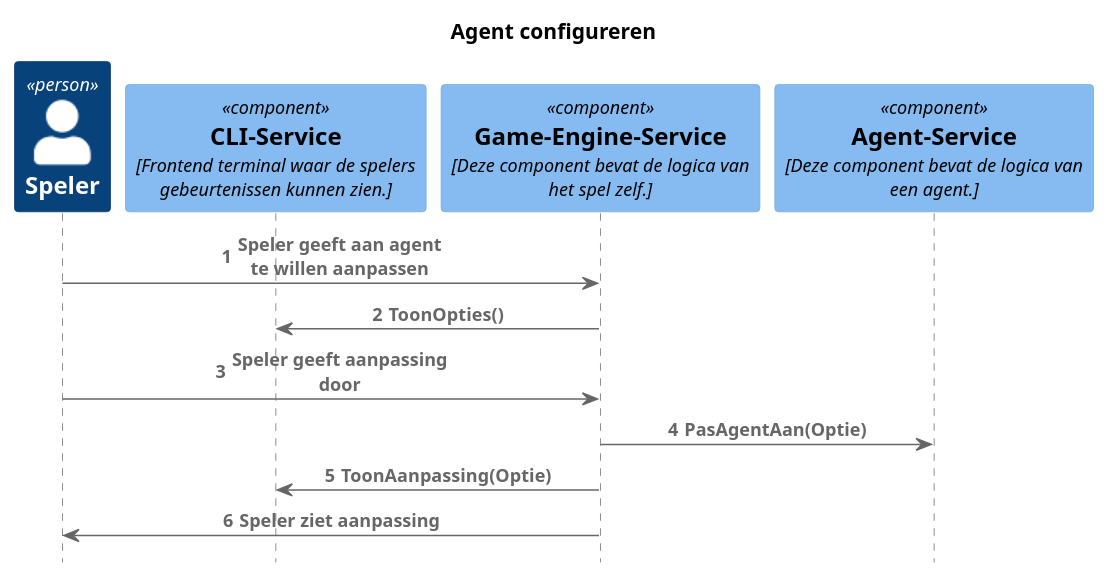
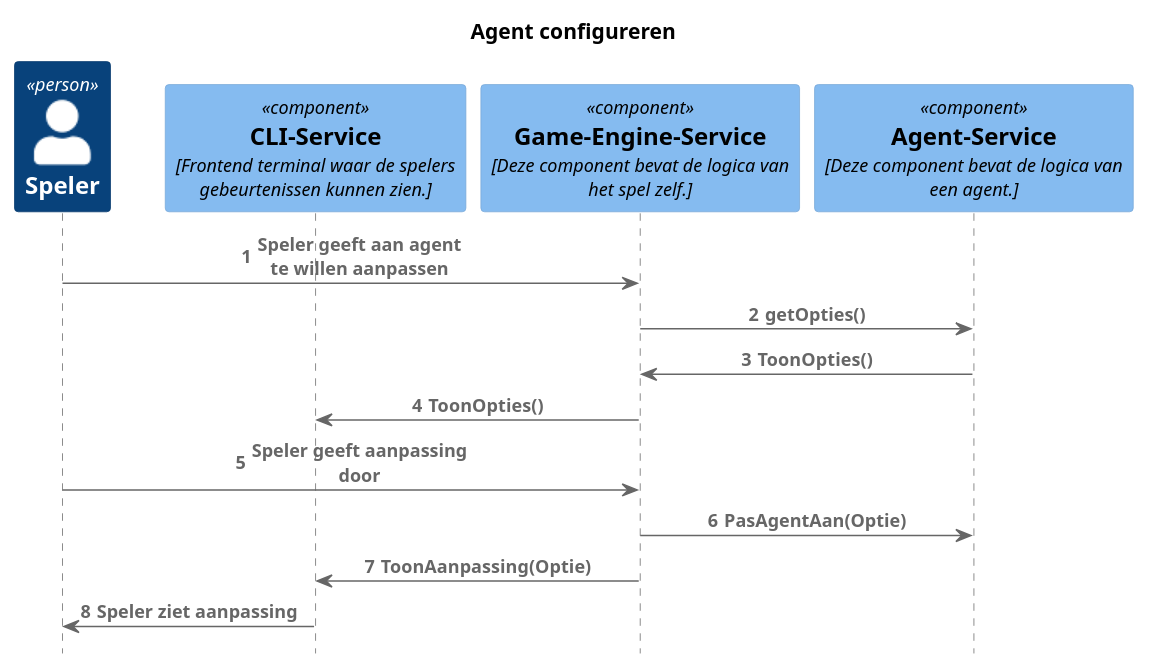
The diagram in ISAConfigurerenSequenceDiagram.puml (DaanBannaan/SAD-sequentie), drawn with PlantUML before and after one commit. The commit also changed 4 other files, not shown here.

Commit message:
aanpassingen aan diagrammen naderhand van bespreken

```diff
--- a/ISAConfigurerenSequenceDiagram.puml
+++ b/ISAConfigurerenSequenceDiagram.puml
@@ -1,44 +1,46 @@
 @startuml
 !include https://raw.githubusercontent.com/plantuml-stdlib/C4-PlantUML/master/C4_Sequence.puml
 
 autonumber
 
 'Person(user, "Speler")
 'Component(configuration, "Configuration-Service", "Hier kan het gedrag van een agent aangepast worden en kunnen nieuwe modules toegevoegd worden.")
 'Component(world, "World-Service", "Hier vindt de wereldgeneratie plaats en bevind zich de wereldstatus.")
 'Component(engine, "Game-Engine-Service", "Deze component bevat de logica van het spel zelf.")
 'Component(agent, "Agent-Service", "Deze component bevat de logica van een agent.")
 'Component(player, "Player-Service", "Deze component bevat de logica van een karakter.")
 'Component(monster, "Monster-Service", "Deze component bevat de logica van een monster.")
 'Component(save, "Save-and-Load-Service", "Deze component regelt het laden en opslaan van het spel.")
 'Component(communication, "Communication-Protocol", "Hiermee kunnen verschillende nodes (spelers) met elkaar communiceren, zodat ze synchroon lopen.")
 'Component(cli, "CLI-Service", "Frontend terminal waar de spelers gebeurtenissen kunnen zien.")
 'Component(chat, "Chat-Service", "Via dit component kunnen spelers met elkaar chatten.")
 'Component(logging, "Logging-Service", "Hier worden CPU gebruik, RAM gebruik, aantal spelers, netwerkvertraging, connecties, gevechten, agent-overnames, fouten en saves gelogd.")
 'Component(room, "Room-Service", "Hier verzamelen spelers zich voordat een game begint.")
 
 title Agent configureren
 
 Person(user, "Speler")
 Component(cli, "CLI-Service", "Frontend terminal waar de spelers gebeurtenissen kunnen zien.")
 Component(engine, "Game-Engine-Service", "Deze component bevat de logica van het spel zelf.")
 Component(agent, "Agent-Service", "Deze component bevat de logica van een agent.")
 
 Rel(user, engine, "Speler geeft aan agent te willen aanpassen")
+Rel(engine, agent, "getOpties()")
+Rel(agent, engine, "ToonOpties()")
 Rel(engine, cli, "ToonOpties()")
 Rel(user, engine, "Speler geeft aanpassing door")
 Rel(engine, agent, "PasAgentAan(Optie)")
 Rel(engine, cli, "ToonAanpassing(Optie)")
-Rel(engine, user, "Speler ziet aanpassing")
+Rel(cli, user, "Speler ziet aanpassing")
 
 
 
 
 
 
 
 
 
 
 
 @enduml
```
